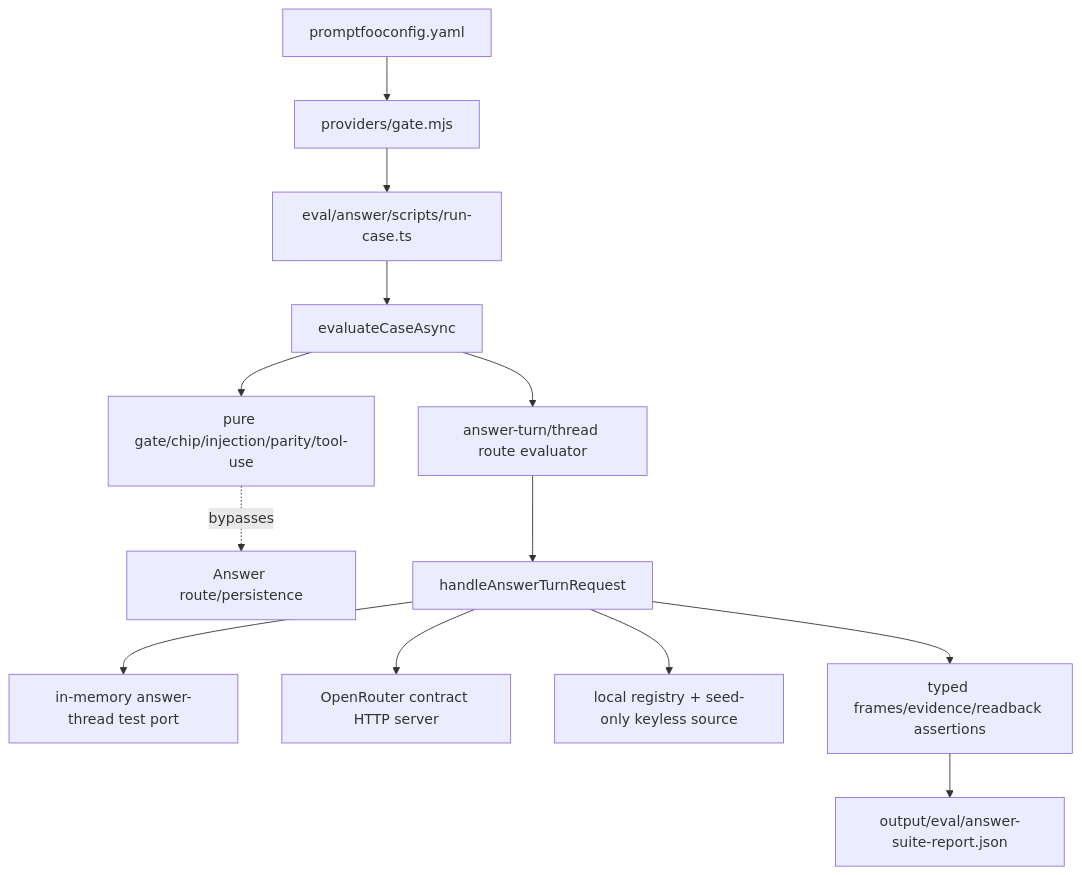
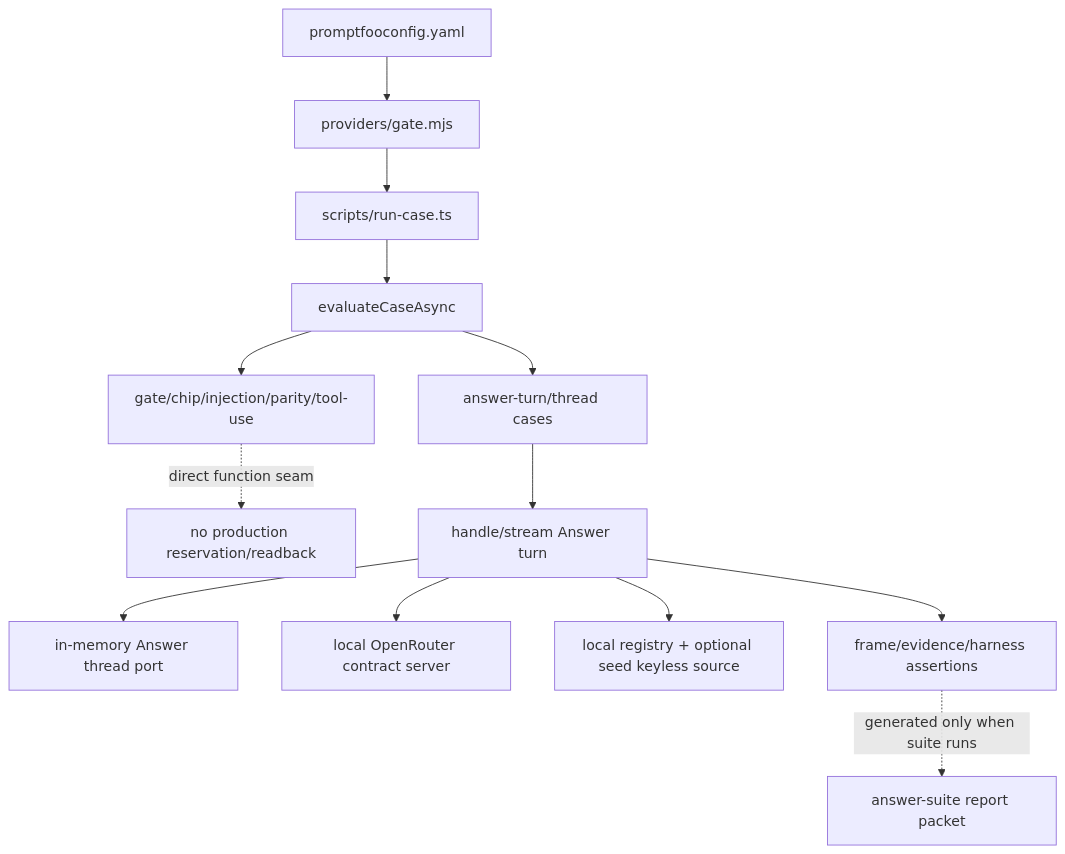
One commit to CreasyBear/Agentic-Economy changed the third of 3 diagrams in .planning/codebase/PROMPT-DATA-FLOW.md. Above: the diagram before and after it, drawn with Mermaid. The commit also changed other lines of this file and 1 other file, not shown here.

Commit message:
docs: refresh IA and prompt data-flow maps

````diff
--- a/.planning/codebase/PROMPT-DATA-FLOW.md
+++ b/.planning/codebase/PROMPT-DATA-FLOW.md
@@ -153,15 +192,15 @@
 ```mermaid
 flowchart TD
-  Y[promptfooconfig.yaml] --> P[providers/gate.mjs]
-  P --> C[eval/answer/scripts/run-case.ts]
-  C --> E[evaluateCaseAsync]
-  E --> D1[pure gate/chip/injection/parity/tool-use]
-  E --> D2[answer-turn/thread route evaluator]
-  D1 -. bypasses .-> NO1[Answer route/persistence]
-  D2 --> R[handleAnswerTurnRequest]
-  R --> TP[in-memory answer-thread test port]
-  R --> OR[OpenRouter contract HTTP server]
-  R --> LS[local registry + seed-only keyless source]
-  R --> Q[typed frames/evidence/readback assertions]
-  Q --> J[output/eval/answer-suite-report.json]
+  PF[promptfooconfig.yaml] --> PR[providers/gate.mjs]
+  PR --> RC[scripts/run-case.ts]
+  RC --> EV[evaluateCaseAsync]
+  EV --> PURE[gate/chip/injection/parity/tool-use]
+  EV --> TURN[answer-turn/thread cases]
+  PURE -. direct function seam .-> NO[no production reservation/readback]
+  TURN --> HR[handle/stream Answer turn]
+  HR --> TP[in-memory Answer thread port]
+  HR --> OR[local OpenRouter contract server]
+  HR --> RG[local registry + optional seed keyless source]
+  HR --> AS[frame/evidence/harness assertions]
+  AS -. generated only when suite runs .-> PK[answer-suite report packet]
 ```
````
